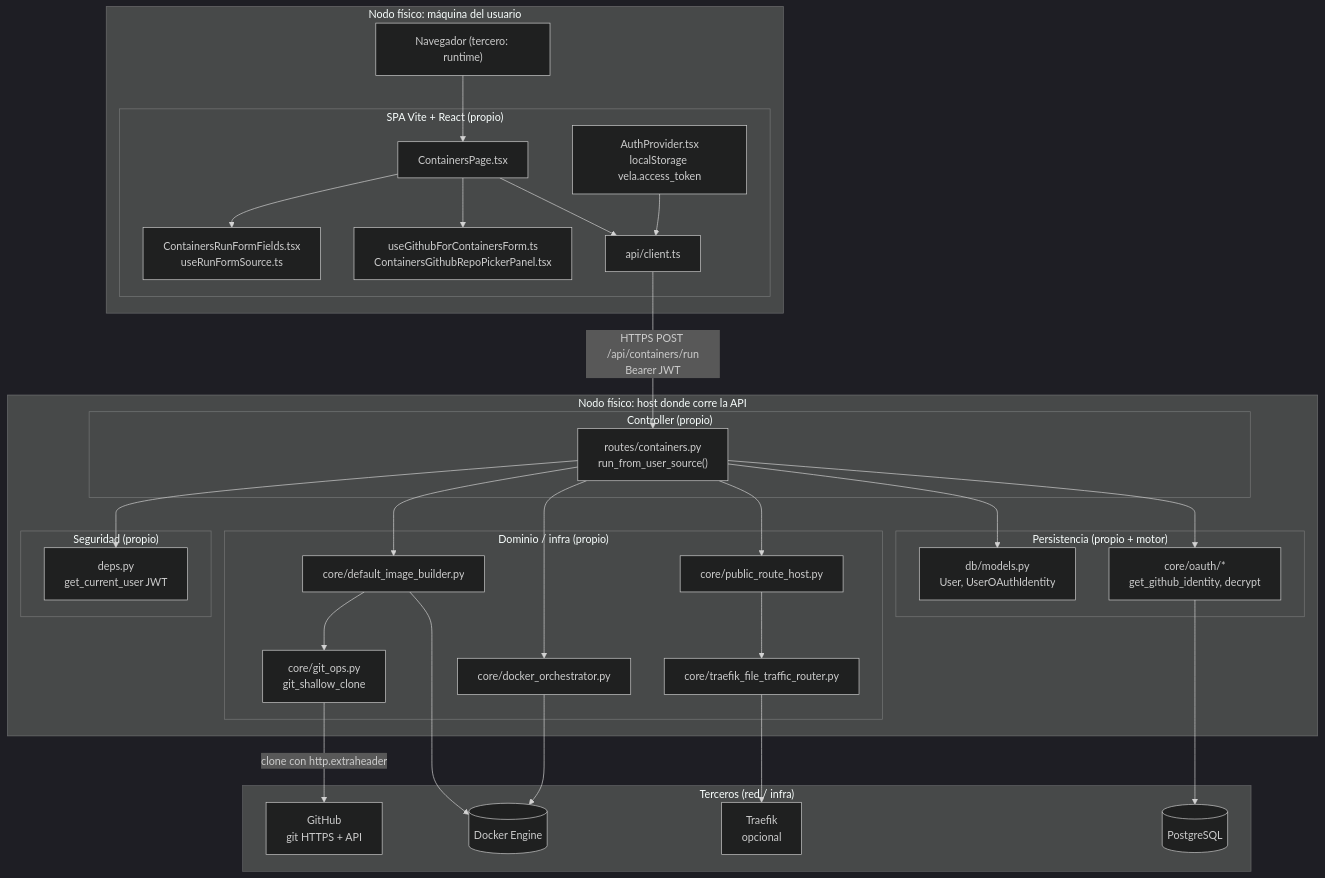
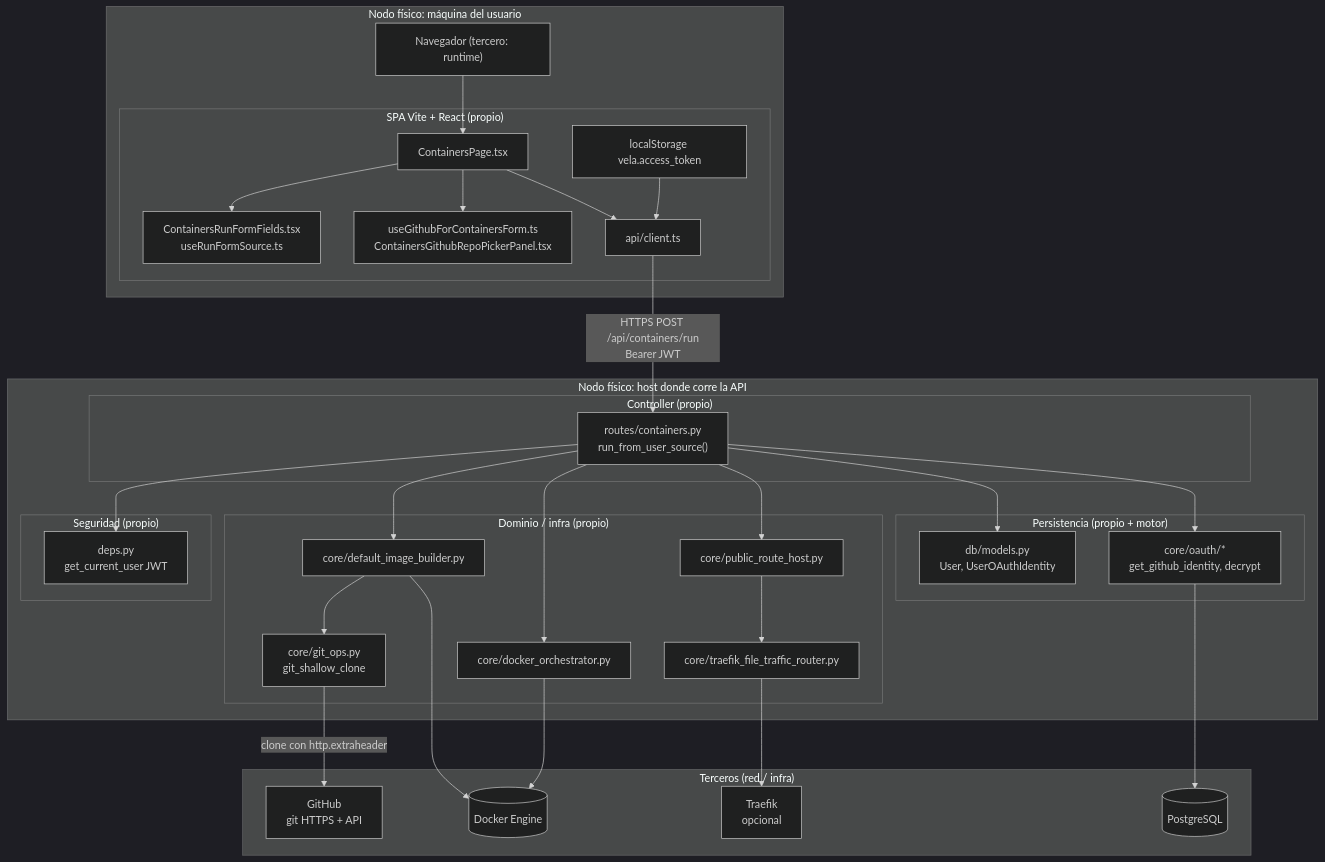
Before and after one commit to LorenzoFerraces/Vela: the first of 2 diagrams in docs/entrega-1-diagrama-arquitectura.md, drawn with Mermaid (dark theme). The commit also changed 50 other files, not shown here.

````diff
--- a/docs/entrega-1-diagrama-arquitectura.md
+++ b/docs/entrega-1-diagrama-arquitectura.md
@@ -27,60 +27,60 @@
 ```mermaid
 flowchart TB
   subgraph NodoUsuario["Nodo físico: máquina del usuario"]
     Browser["Navegador (tercero: runtime)"]
     subgraph SPAPropia["SPA Vite + React (propio)"]
       CP["ContainersPage.tsx"]
       RF["ContainersRunFormFields.tsx\nuseRunFormSource.ts"]
       GHUI["useGithubForContainersForm.ts\nContainersGithubRepoPickerPanel.tsx"]
       Client["api/client.ts"]
-      Auth["AuthProvider.tsx\nlocalStorage vela.access_token"]
+      Auth["localStorage vela.access_token"]
     end
   end
 
   subgraph NodoServidor["Nodo físico: host donde corre la API"]
     subgraph Controller["Controller (propio)"]
       RCont["routes/containers.py\nrun_from_user_source()"]
     end
     subgraph Seguridad["Seguridad (propio)"]
       Deps["deps.py\nget_current_user JWT"]
     end
     subgraph Dominio["Dominio / infra (propio)"]
       Builder["core/default_image_builder.py"]
       GitOps["core/git_ops.py\ngit_shallow_clone"]
       DockOrch["core/docker_orchestrator.py"]
       PubRoute["core/public_route_host.py"]
       TraefikR["core/traefik_file_traffic_router.py"]
     end
     subgraph Persistencia["Persistencia (propio + motor)"]
       Models["db/models.py\nUser, UserOAuthIdentity"]
       OAuthCore["core/oauth/*\nget_github_identity, decrypt"]
     end
   end
 
   subgraph TercerosRed["Terceros (red / infra)"]
     PG[(PostgreSQL)]
     Docker[(Docker Engine)]
     GH["GitHub\ngit HTTPS + API"]
     TR["Traefik\nopcional"]
   end
 
   Browser --> CP
   CP --> RF
   CP --> GHUI
   CP --> Client
   Auth --> Client
   Client -->|"HTTPS POST /api/containers/run\nBearer JWT"| RCont
   RCont --> Deps
   RCont --> Builder
   RCont --> DockOrch
   RCont --> PubRoute
   PubRoute --> TraefikR
   RCont --> Models
   RCont --> OAuthCore
   OAuthCore --> PG
   Builder --> GitOps
   GitOps -->|"clone con http.extraheader"| GH
   Builder --> Docker
   DockOrch --> Docker
   TraefikR --> TR
 ```
````
